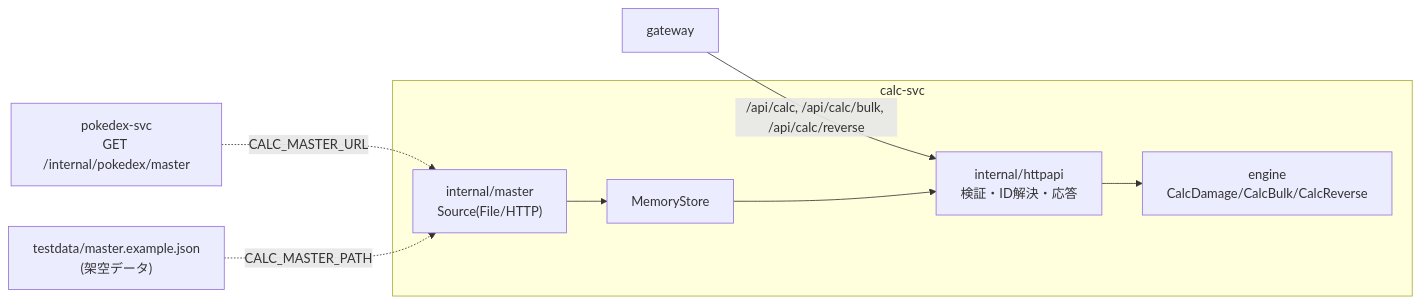
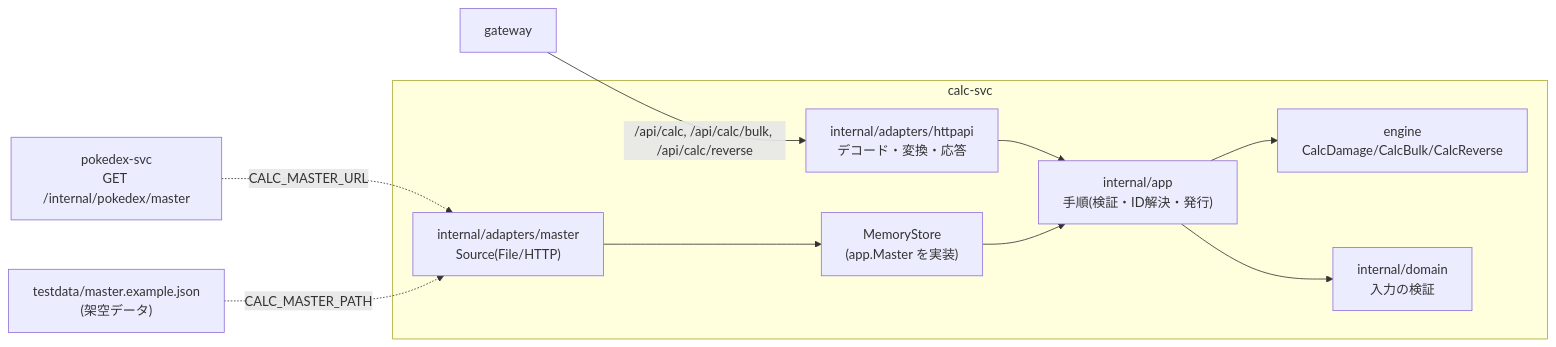
One commit to yxicun89/MyDamageCalcurater changed the diagram in services/calc/README.md. Above: the diagram before and after it, drawn with Mermaid. The commit also changed other lines of this file and 87 other files, not shown here.

First line of the commit message:
refactor(calc): calc-svc を domain・app・adapters の形にそろえる(ARCH S3a・ADR-0252)

````diff
--- a/services/calc/README.md
+++ b/services/calc/README.md
@@ -7,10 +7,11 @@
 ```mermaid
 flowchart LR
   GW["gateway"] -->|"/api/calc, /api/calc/bulk, /api/calc/reverse"| HTTP
   subgraph calc["calc-svc"]
-    HTTP["internal/httpapi<br/>検証・ID解決・応答"] --> Engine["engine<br/>CalcDamage/CalcBulk/CalcReverse"]
-    Source["internal/master<br/>Source(File/HTTP)"] --> Store["MemoryStore"] --> HTTP
+    HTTP["internal/adapters/httpapi<br/>デコード・変換・応答"] --> App["internal/app<br/>手順(検証・ID解決・発行)"] --> Engine["engine<br/>CalcDamage/CalcBulk/CalcReverse"]
+    App --> Domain["internal/domain<br/>入力の検証"]
+    Source["internal/adapters/master<br/>Source(File/HTTP)"] --> Store["MemoryStore<br/>(app.Master を実装)"] --> App
   end
   Pokedex["pokedex-svc<br/>GET /internal/pokedex/master"] -.->|"CALC_MASTER_URL"| Source
   File["testdata/master.example.json<br/>(架空データ)"] -.->|"CALC_MASTER_PATH"| Source
 ```
````
